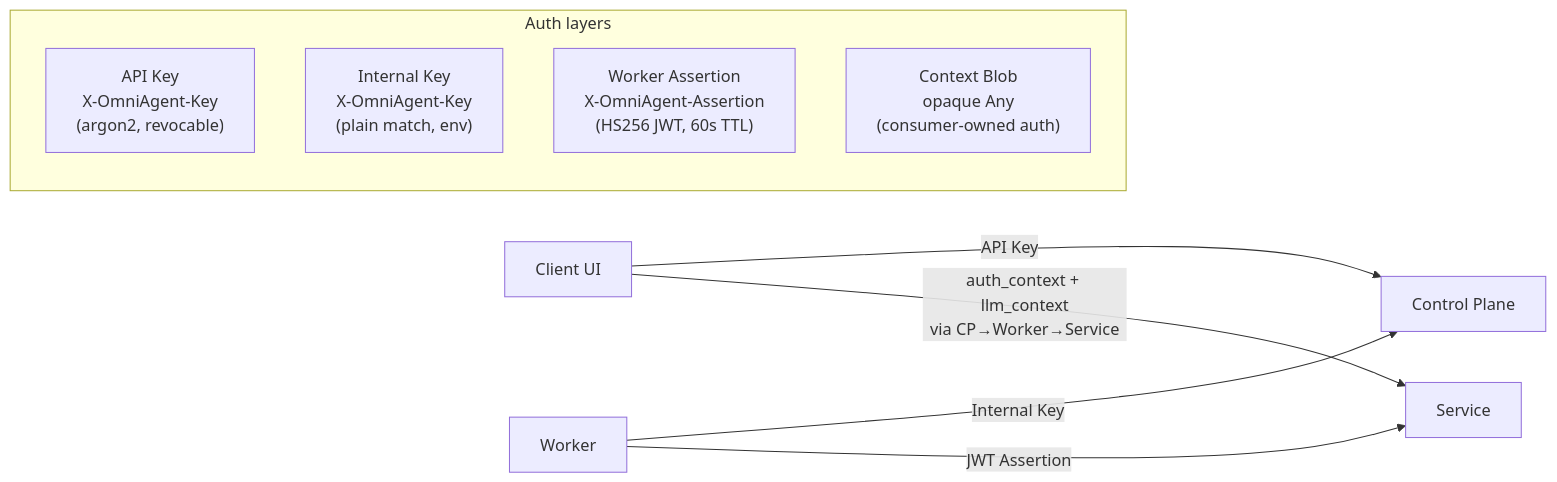
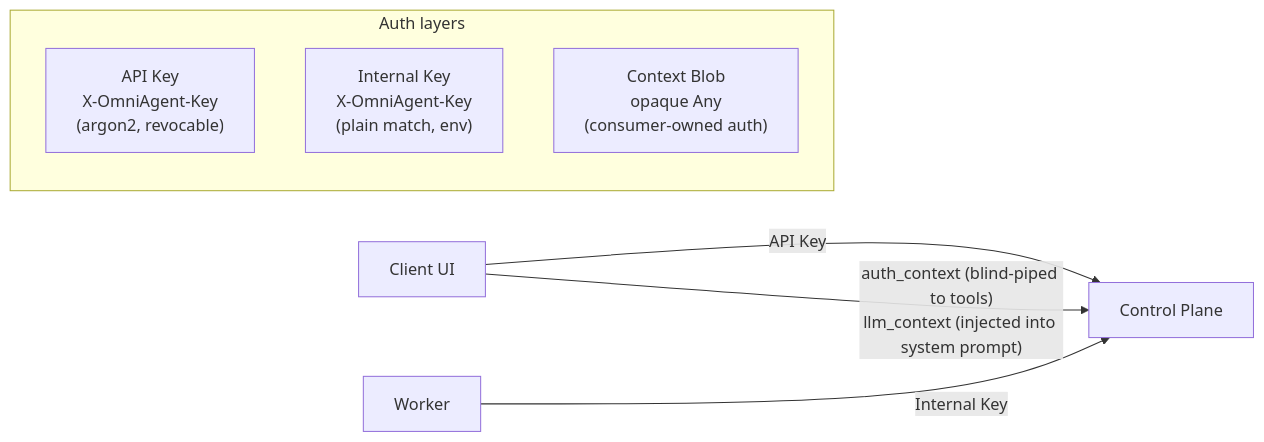
The first of 4 diagrams in README.md (Sheerabth/omniagent), drawn with Mermaid before and after one commit. The commit also changed other lines of this file and 13 other files, not shown here.

````diff
--- a/README.md
+++ b/README.md
@@ -17,14 +15,12 @@
 ```mermaid
 flowchart LR
     subgraph Auth["Auth layers"]
         A1["API Key<br/>X-OmniAgent-Key<br/>(argon2, revocable)"]
         A2["Internal Key<br/>X-OmniAgent-Key<br/>(plain match, env)"]
-        A3["Worker Assertion<br/>X-OmniAgent-Assertion<br/>(HS256 JWT, 60s TTL)"]
-        A4["Context Blob<br/>opaque Any<br/>(consumer-owned auth)"]
+        A3["Context Blob<br/>opaque Any<br/>(consumer-owned auth)"]
     end
 
     Client["Client UI"] -->|"API Key"| CP["Control Plane"]
     Worker -->|"Internal Key"| CP
-    Worker -->|"JWT Assertion"| Service["Service"]
-    Client -->|"auth_context + llm_context<br/>via CP→Worker→Service"| Service
+    Client -->|"auth_context (blind-piped to tools)<br/>llm_context (injected into system prompt)"| CP
 ```
````
